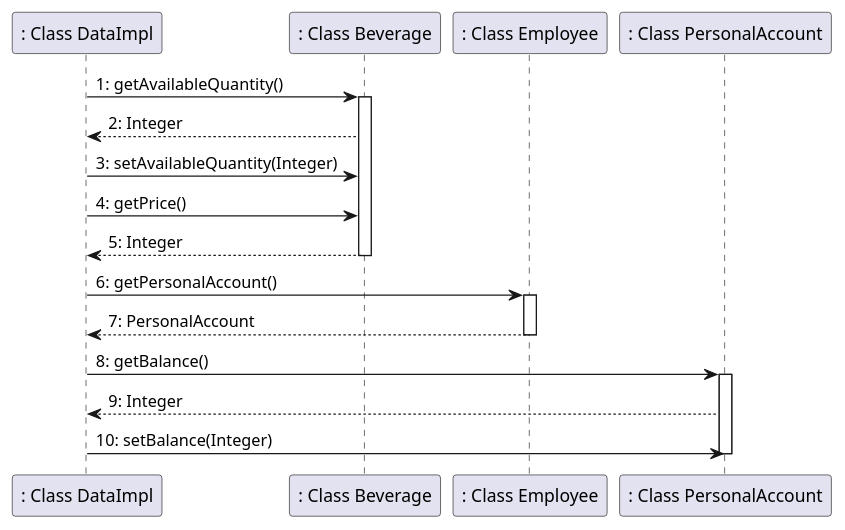
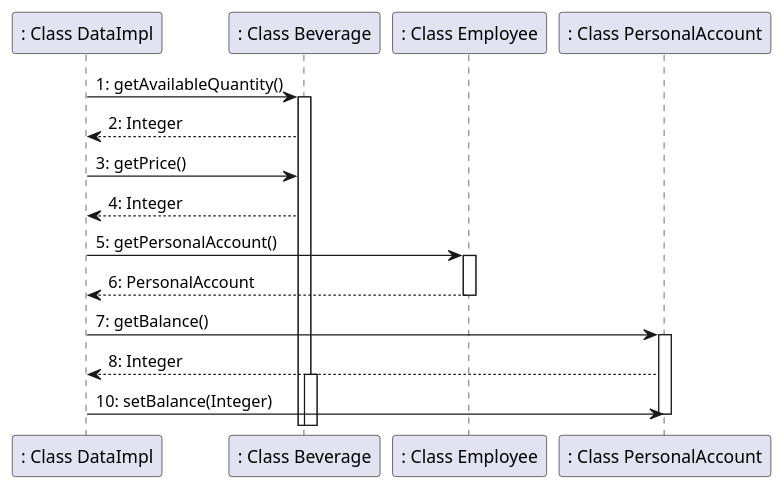
The sixth of 7 diagrams in templates/DesignDocumentTemplate.md (salvatore-dimartino/LaTazza), drawn with PlantUML before and after one commit. The commit also changed other lines of this file, not shown here.

````diff
--- a/templates/DesignDocumentTemplate.md
+++ b/templates/DesignDocumentTemplate.md
@@ -445,18 +445,17 @@
 ```plantuml
 ": Class DataImpl" -> ": Class Beverage": 1: getAvailableQuantity()
 activate ": Class Beverage"
 ": Class Beverage" --> ": Class DataImpl": 2: Integer
-": Class DataImpl" -> ": Class Beverage": 3: setAvailableQuantity(Integer)
-": Class DataImpl" -> ": Class Beverage": 4: getPrice()
-": Class Beverage" --> ": Class DataImpl": 5: Integer
-deactivate ": Class Beverage"
-": Class DataImpl" -> ": Class Employee": 6: getPersonalAccount()
+": Class DataImpl" -> ": Class Beverage": 3: getPrice()
+": Class Beverage" --> ": Class DataImpl": 4: Integer
+": Class DataImpl" -> ": Class Employee": 5: getPersonalAccount()
 activate ": Class Employee"
-": Class Employee" --> ": Class DataImpl": 7: PersonalAccount
+": Class Employee" --> ": Class DataImpl": 6: PersonalAccount
 deactivate ": Class Employee"
-": Class DataImpl" -> ": Class PersonalAccount": 8: getBalance()
+": Class DataImpl" -> ": Class PersonalAccount": 7: getBalance()
 activate ": Class PersonalAccount"
-": Class PersonalAccount" --> ": Class DataImpl": 9: Integer
+": Class PersonalAccount" --> ": Class DataImpl": 8: Integer
+activate ": Class Beverage"
 ": Class DataImpl" -> ": Class PersonalAccount": 10: setBalance(Integer)
 deactivate ": Class PersonalAccount"
 ```
````
